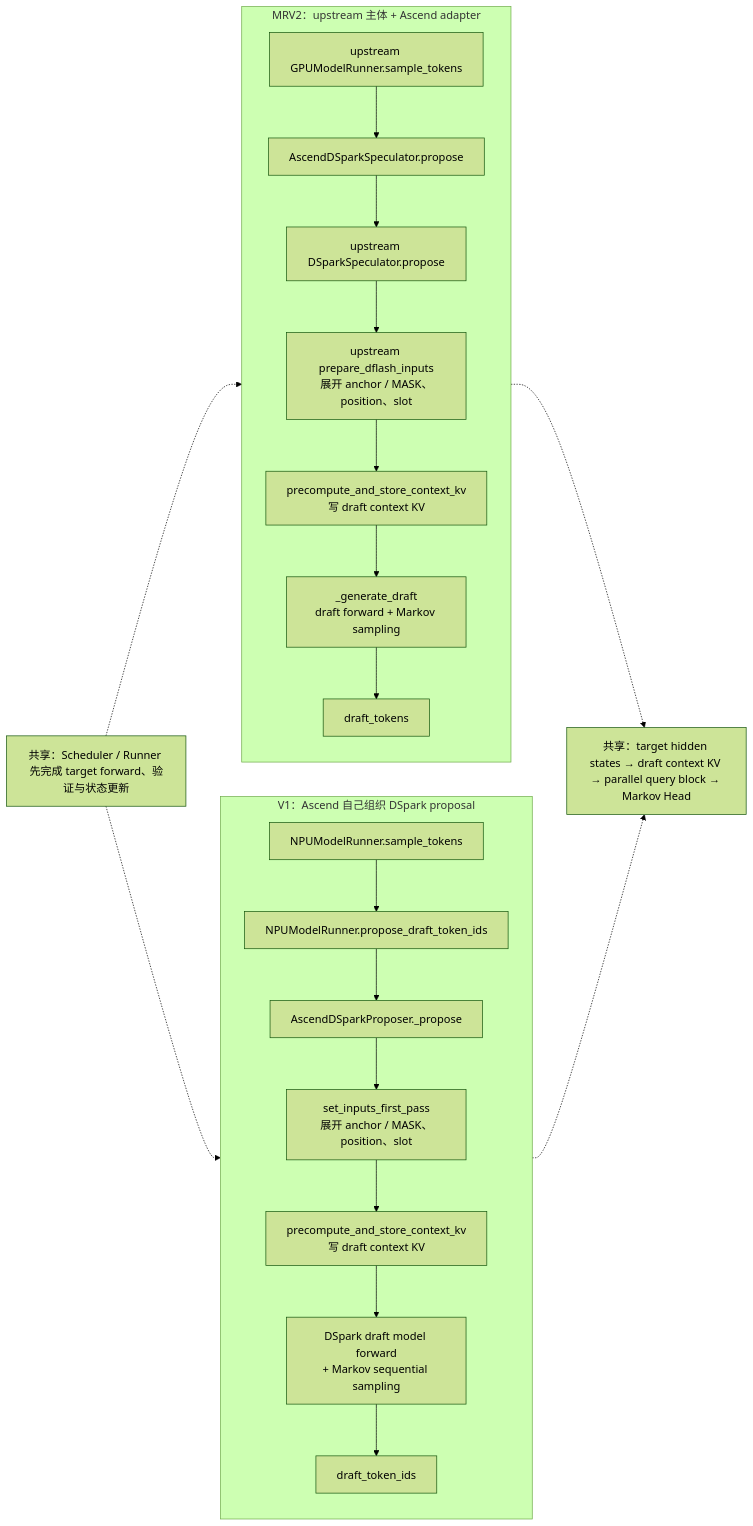
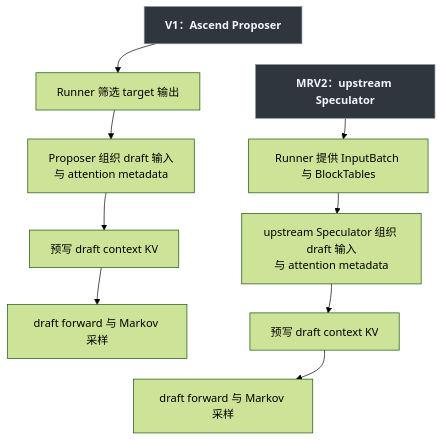
One commit to mashuiping/mashuiping.github.io changed the diagram in src/data/blog/dspark-v1-proposer-vs-mrv2-speculator.md. Above: the diagram before and after it, drawn with Mermaid (forest theme). The commit also changed other lines of this file and 1 other file, not shown here.

Commit message:
docs: explain token to KV cache mapping

````diff
--- a/src/data/blog/dspark-v1-proposer-vs-mrv2-speculator.md
+++ b/src/data/blog/dspark-v1-proposer-vs-mrv2-speculator.md
@@ -35,33 +35,15 @@
 ```mermaid
-flowchart LR
-  subgraph V1["V1：Ascend 自己组织 DSpark proposal"]
-    direction TB
-    V1R["NPUModelRunner.sample_tokens"]
-    V1P["NPUModelRunner.propose_draft_token_ids"]
-    V1A["AscendDSparkProposer._propose"]
-    V1I["set_inputs_first_pass<br/>展开 anchor / MASK、position、slot"]
-    V1K["precompute_and_store_context_kv<br/>写 draft context KV"]
-    V1M["DSpark draft model forward<br/>+ Markov sequential sampling"]
-    V1O["draft_token_ids"]
-    V1R --> V1P --> V1A --> V1I --> V1K --> V1M --> V1O
-  end
+%%{init: {"flowchart": {"nodeSpacing": 56, "rankSpacing": 30}}}%%
+flowchart TB
+  V1H["V1：Ascend Proposer"] ~~~ V2H["MRV2：upstream Speculator"]
+  V1A["Runner 筛选 target 输出"] ~~~ V2A["Runner 提供 InputBatch 与 BlockTables"]
+  V1B["Proposer 组织 draft 输入<br/>与 attention metadata"] ~~~ V2B["upstream Speculator 组织 draft 输入<br/>与 attention metadata"]
+  V1C["预写 draft context KV"] ~~~ V2C["预写 draft context KV"]
+  V1D["draft forward 与 Markov 采样"] ~~~ V2D["draft forward 与 Markov 采样"]
 
-  subgraph V2["MRV2：upstream 主体 + Ascend adapter"]
-    direction TB
-    V2R["upstream GPUModelRunner.sample_tokens"]
-    V2A["AscendDSparkSpeculator.propose"]
-    V2U["upstream DSparkSpeculator.propose"]
-    V2I["upstream prepare_dflash_inputs<br/>展开 anchor / MASK、position、slot"]
-    V2K["precompute_and_store_context_kv<br/>写 draft context KV"]
-    V2M["_generate_draft<br/>draft forward + Markov sampling"]
-    V2O["draft_tokens"]
-    V2R --> V2A --> V2U --> V2I --> V2K --> V2M --> V2O
-  end
+  V1H --> V1A --> V1B --> V1C --> V1D
+  V2H --> V2A --> V2B --> V2C --> V2D
 
-  SH1["共享：Scheduler / Runner 先完成 target forward、验证与状态更新"]
-  SH2["共享：target hidden states → draft context KV → parallel query block → Markov Head"]
-  SH1 -.-> V1R
-  SH1 -.-> V2R
-  V1M -.-> SH2
-  V2M -.-> SH2
+  classDef heading fill:#30363d,stroke:#8b949e,color:#f0f6fc,font-weight:bold;
+  class V1H,V2H heading;
 ```
````
